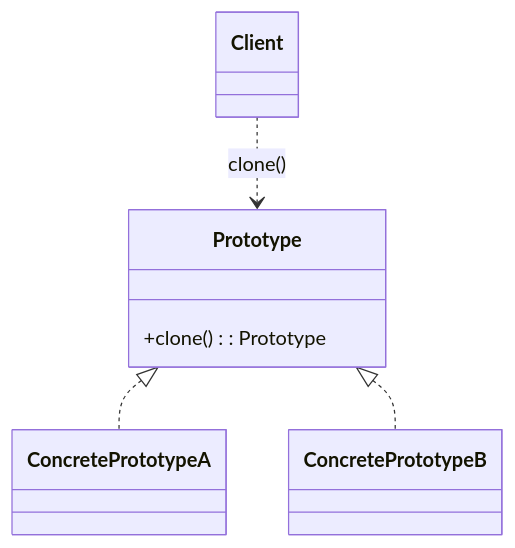
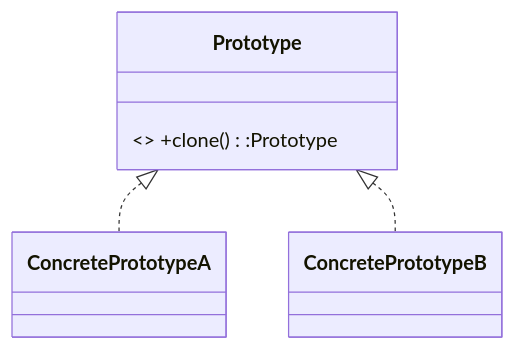
Before and after one commit to apdaza/gof-patterns-in-pygame: the fourth of 23 diagrams in README.md, drawn with Mermaid. The commit also changed other lines of this file, not shown here.

````diff
--- a/README.md
+++ b/README.md
@@ -91,14 +172,8 @@
 ```mermaid
 classDiagram
-    direction TD
-    class Prototype {
-      +clone(): Prototype
-    }
-    class ConcretePrototypeA
-    class ConcretePrototypeB
-    class Client
-
-    Prototype <|.. ConcretePrototypeA
-    Prototype <|.. ConcretePrototypeB
-    Client ..> Prototype : clone()
+class Prototype{<<interface>> +clone():Prototype}
+class ConcretePrototypeA
+class ConcretePrototypeB
+Prototype <|.. ConcretePrototypeA
+Prototype <|.. ConcretePrototypeB
 ```
````
